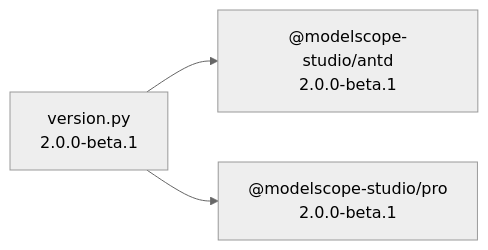
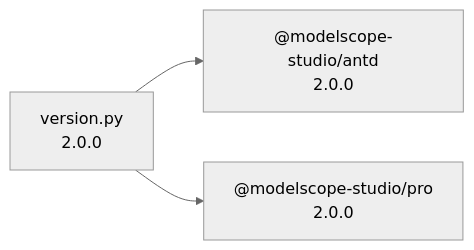
The seventh of 7 diagrams in .wiki/en/Project Overview/Use Cases.md (modelscope/modelscope-studio), drawn with Mermaid (neutral theme) before and after one commit. The commit also changed other lines of this file and 19 other files, not shown here.

````diff
--- a/.wiki/en/Project Overview/Use Cases.md
+++ b/.wiki/en/Project Overview/Use Cases.md
@@ -258,8 +258,8 @@
 ```mermaid
 graph LR
-VER["version.py<br/>2.0.0-beta.1"]
-ANTDPKG["@modelscope-studio/antd<br/>2.0.0-beta.1"]
-PROPkg["@modelscope-studio/pro<br/>2.0.0-beta.1"]
+VER["version.py<br/>2.0.0"]
+ANTDPKG["@modelscope-studio/antd<br/>2.0.0"]
+PROPkg["@modelscope-studio/pro<br/>2.0.0"]
 VER --> ANTDPKG
 VER --> PROPkg
 ```
````
